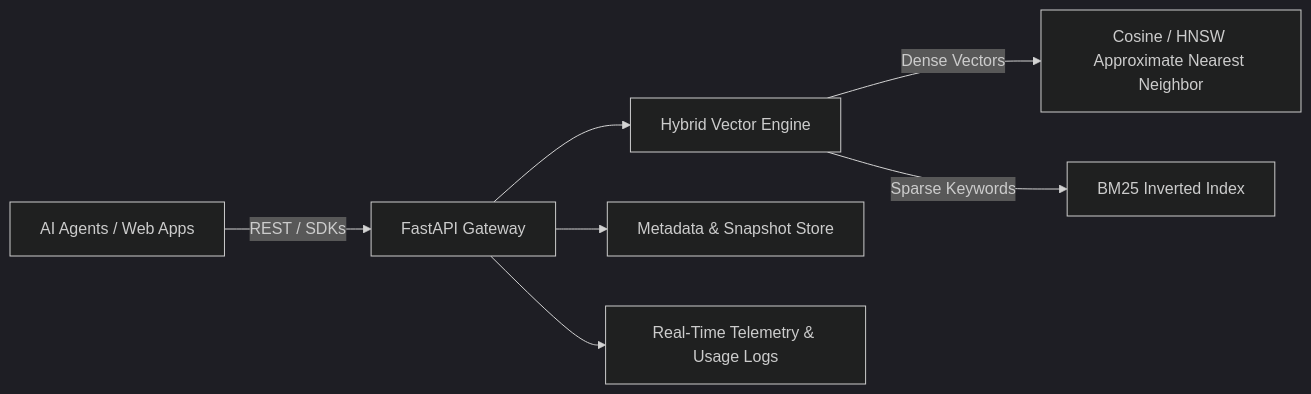
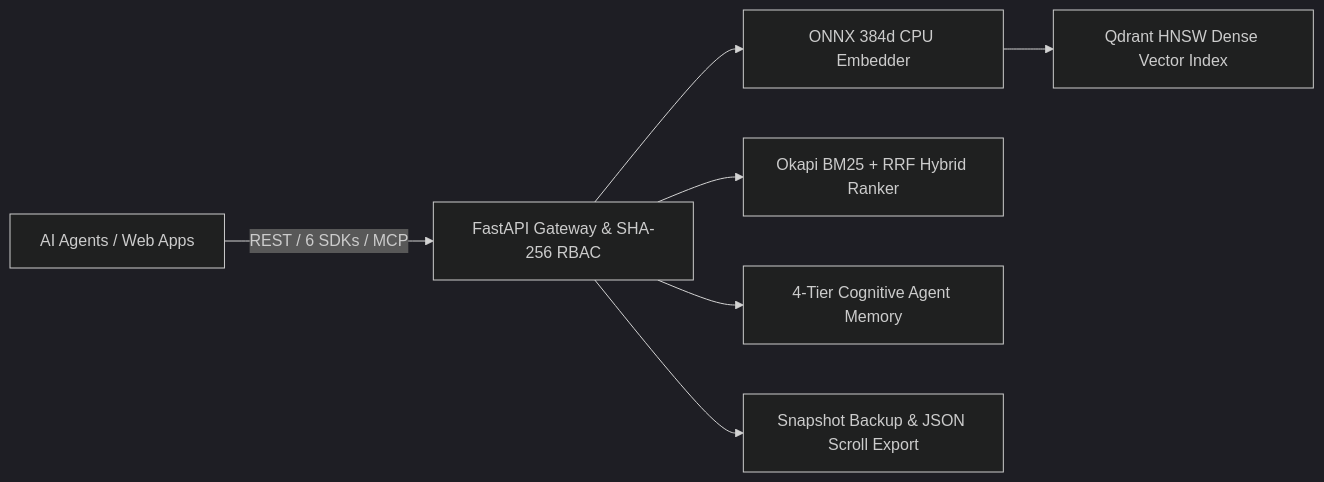
One commit to anku5265/iceberg-database changed the diagram in README.md. Above: the diagram before and after it, drawn with Mermaid (dark theme). The commit also changed other lines of this file and 143 other files, not shown here.

````diff
--- a/README.md
+++ b/README.md
@@ -81,9 +97,9 @@
 ```mermaid
 graph LR
-    A[AI Agents / Web Apps] -->|REST / SDKs| B[FastAPI Gateway]
-    B --> C[Hybrid Vector Engine]
-    C -->|Dense Vectors| D[Cosine / HNSW Approximate Nearest Neighbor]
-    C -->|Sparse Keywords| E[BM25 Inverted Index]
-    B --> F[Metadata & Snapshot Store]
-    B --> G[Real-Time Telemetry & Usage Logs]
+    A[AI Agents / Web Apps] -->|REST / 6 SDKs / MCP| B[FastAPI Gateway & SHA-256 RBAC]
+    B --> C[ONNX 384d CPU Embedder]
+    C --> D[Qdrant HNSW Dense Vector Index]
+    B --> E[Okapi BM25 + RRF Hybrid Ranker]
+    B --> F[4-Tier Cognitive Agent Memory]
+    B --> G[Snapshot Backup & JSON Scroll Export]
 ```
````
